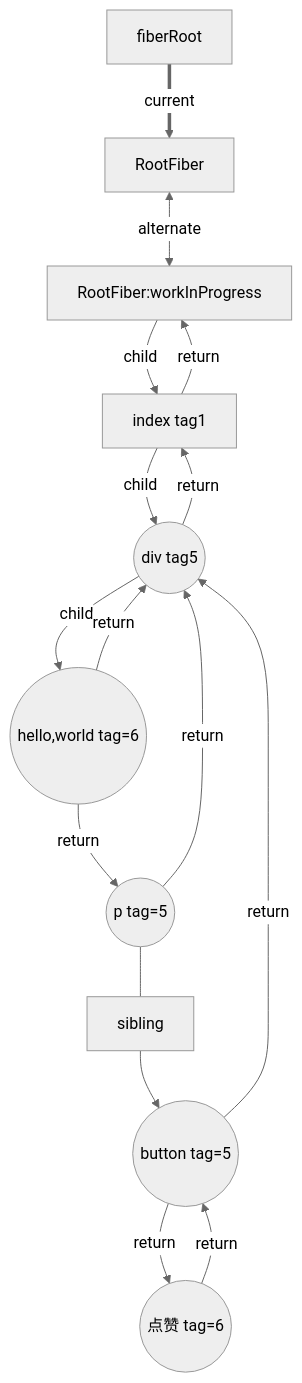
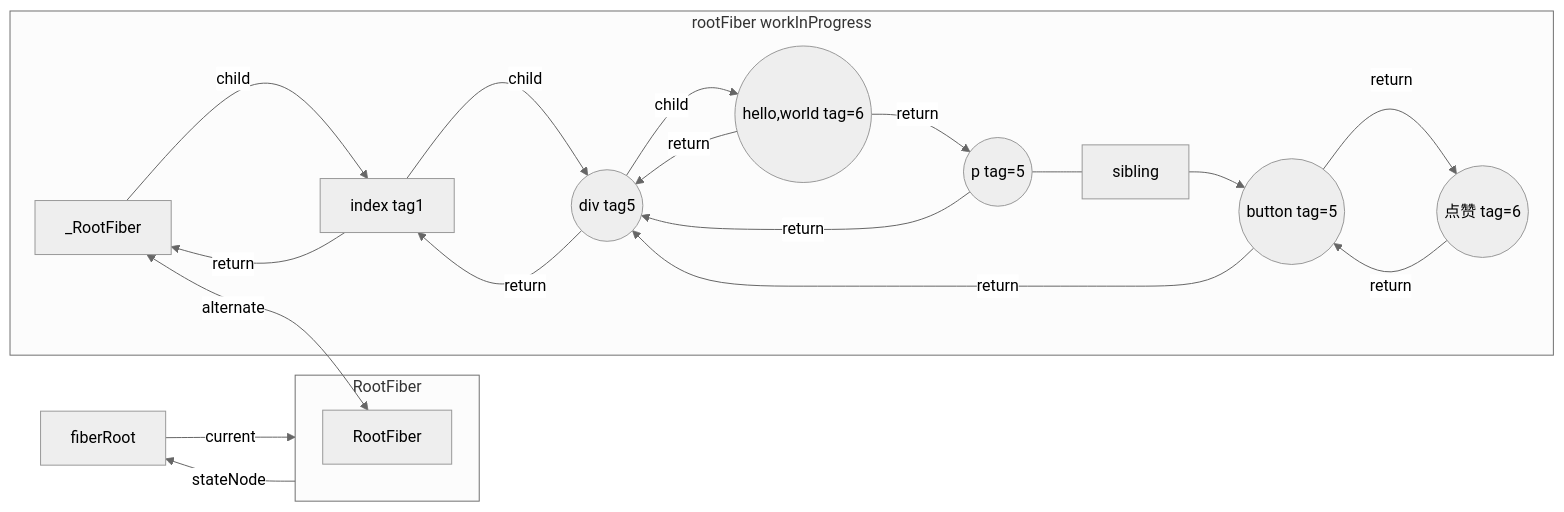
One commit to huiruo/code-record-manual changed the second of 6 diagrams in 08-webpack-AST-babel/04_Ast_babel和React源码/03_Fiber更新机制/01_1_fiber概念.md. Above: the diagram before and after it, drawn with Mermaid (neutral theme). The commit also changed other lines of this file and 2 other files, not shown here.

Commit message:
feat: 流程图

````diff
--- a/08-webpack-AST-babel/04_Ast_babel和React源码/03_Fiber更新机制/01_1_fiber概念.md
+++ b/08-webpack-AST-babel/04_Ast_babel和React源码/03_Fiber更新机制/01_1_fiber概念.md
@@ -189,24 +189,25 @@
 ```mermaid
-%% graph TD
-%% graph LR
-%% flowchart  LR
-flowchart  TD
-1[fiberRoot]==current==>2[RootFiber]
+%% flowchart TB
+flowchart LR
+  fiberRoot--current-->RootFiber
+  RootFiber--stateNode-->fiberRoot
 
-2 <--alternate--> RootFiber[RootFiber:workInProgress] --child--> 4index[index tag1] --child--> div((div tag5)) --child--> hello((hello,world tag=6))
+  subgraph RootFiber [RootFiber]
+    RootFiber1[RootFiber]
+  end
 
-p((p tag=5)) ---sibling--> button((button tag=5))--return-->点赞((点赞 tag=6))
+  subgraph workInProgress[rootFiber workInProgress]
+    _RootFiber<--alternate-->RootFiber1
+    _RootFiber--child--> 4index[index tag1] --child--> div((div tag5)) --child--> hello((hello,world tag=6))
 
-%% RootFiber -->|alternate| 2
-4index --return--> RootFiber
-div --return--> 4index
-hello --return--> div
-hello --return--> p
+    p((p tag=5)) ---sibling--> button((button tag=5))--return-->点赞((点赞 tag=6))
+    4index --return--> _RootFiber
+    div --return--> 4index
+    hello --return--> div
+    hello --return--> p
 
-点赞 --return--> button
-button --return--> div
-p --return--> div
-
-%% div --child--> button
-%% div --child--> p
+    点赞 --return--> button
+    button --return--> div
+    p --return--> div
+  end
 ```
````
